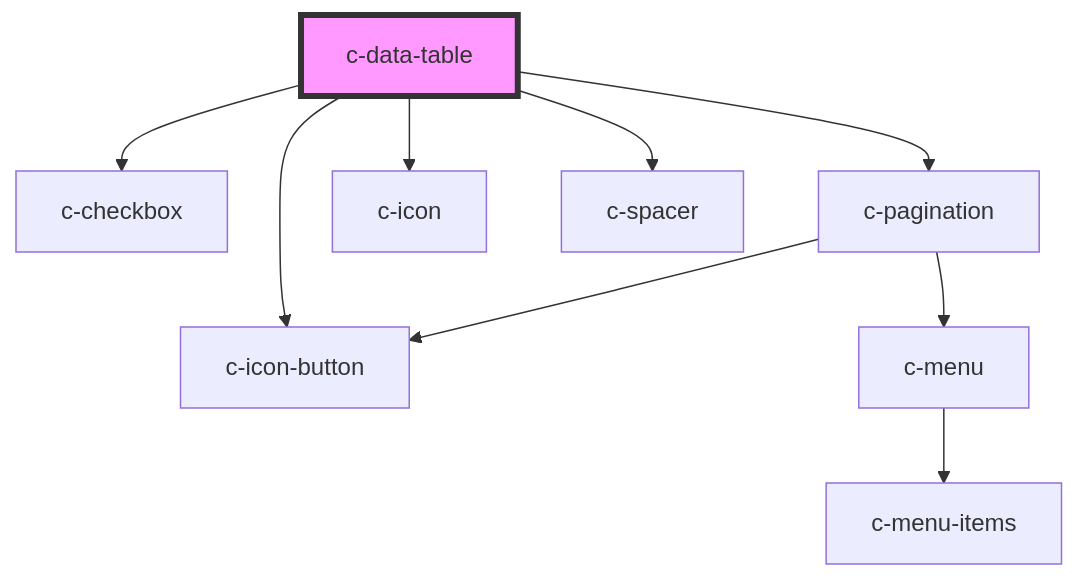
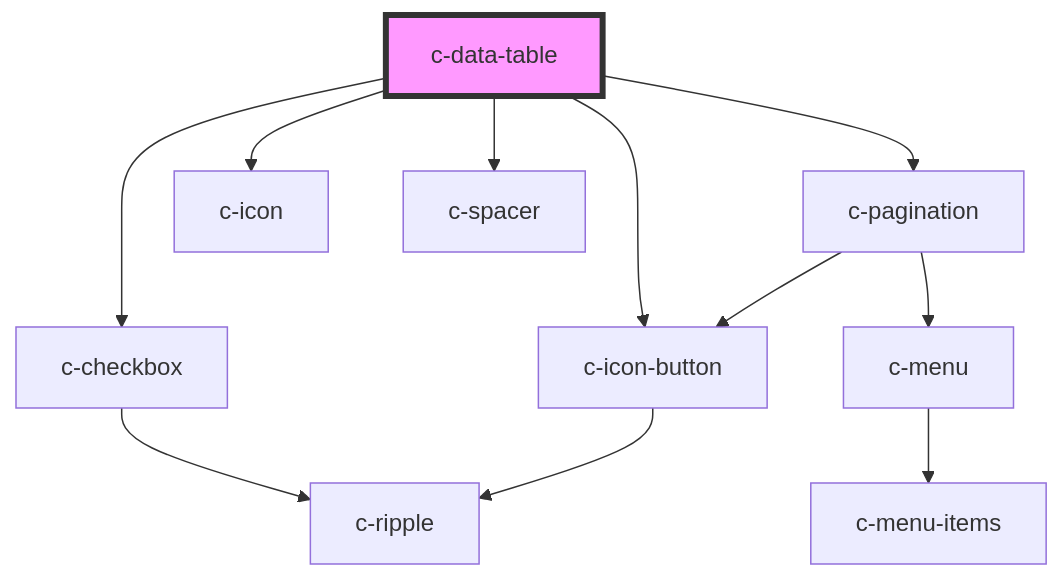
Before and after one commit to CSCfi/ui: the diagram in packages/csc-ui/src/components/c-data-table/readme.md, drawn with Mermaid. The commit also changed 151 other files, not shown here.

````diff
--- a/packages/csc-ui/src/components/c-data-table/readme.md
+++ b/packages/csc-ui/src/components/c-data-table/readme.md
@@ -75,12 +75,14 @@
 ```mermaid
 graph TD;
   c-data-table --> c-checkbox
   c-data-table --> c-pagination
   c-data-table --> c-icon-button
   c-data-table --> c-icon
   c-data-table --> c-spacer
+  c-checkbox --> c-ripple
   c-pagination --> c-menu
   c-pagination --> c-icon-button
   c-menu --> c-menu-items
+  c-icon-button --> c-ripple
   style c-data-table fill:#f9f,stroke:#333,stroke-width:4px
 ```
````
